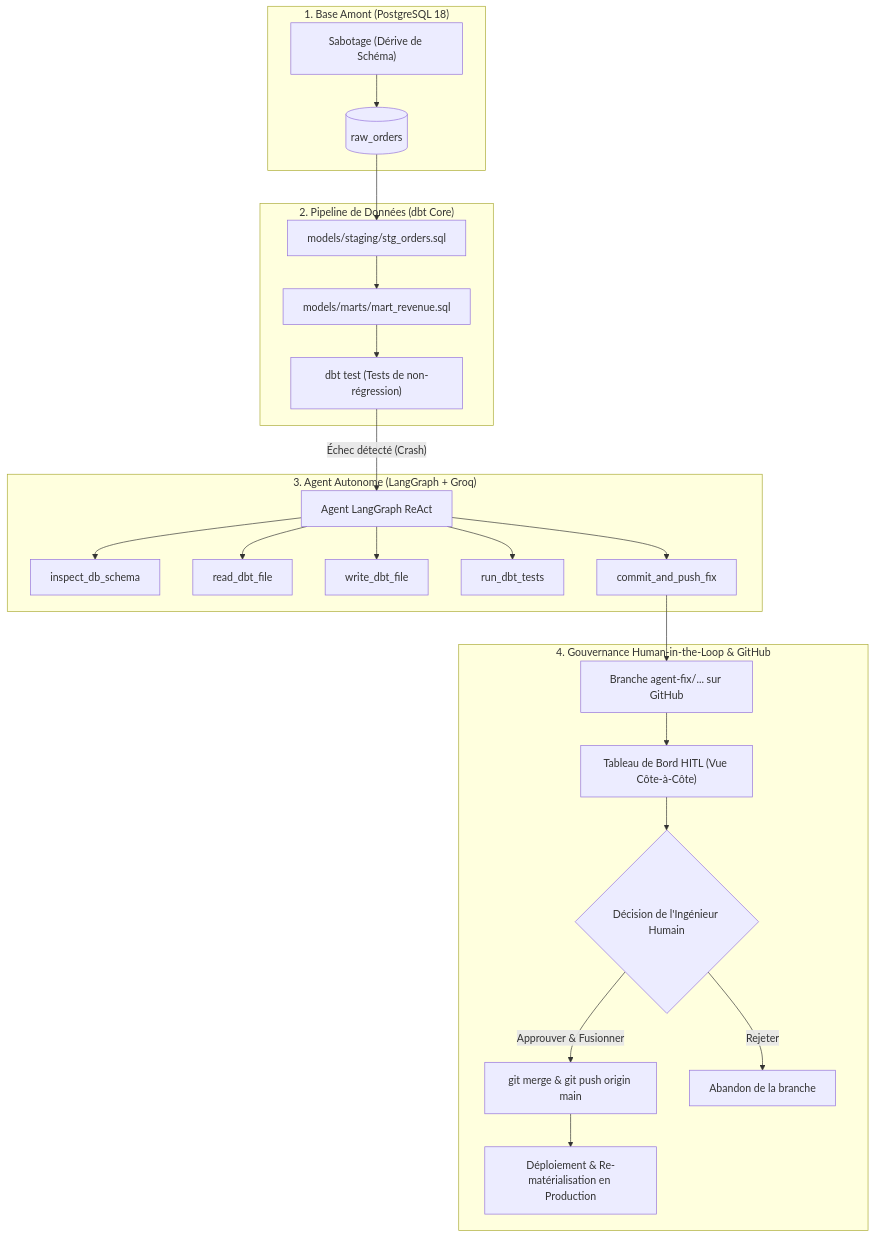
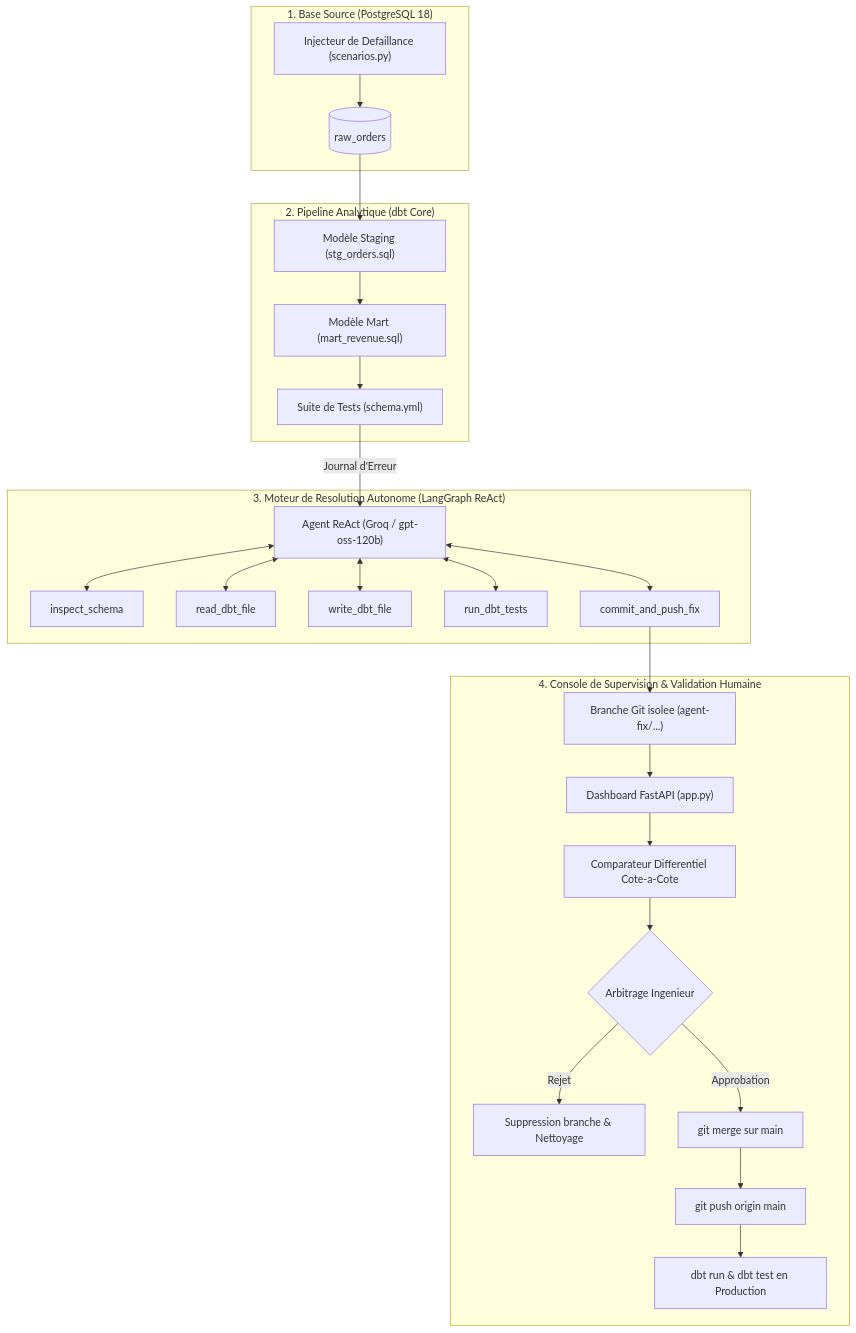
The diagram in README.md (guissii/Self-Healing-DataOps-Agent-for-dbt-Pipelines), drawn with Mermaid before and after one commit. The commit also changed other lines of this file, not shown here.

Commit message:
docs: complete technical architecture documentation from A to Z without emojis

````diff
--- a/README.md
+++ b/README.md
@@ -55,30 +59,32 @@
 ```mermaid
 flowchart TD
-    subgraph Upstream ["1. Base Amont (PostgreSQL 18)"]
-        SAB["Sabotage (Dérive de Schéma)"] --> DB[("raw_orders")]
+    subgraph Sources ["1. Base Source (PostgreSQL 18)"]
+        SAB["Injecteur de Defaillance (scenarios.py)"] --> DB[("raw_orders")]
     end
 
-    subgraph DataOps ["2. Pipeline de Données (dbt Core)"]
-        DB --> STG["models/staging/stg_orders.sql"]
-        STG --> MART["models/marts/mart_revenue.sql"]
-        MART --> TESTS["dbt test (Tests de non-régression)"]
+    subgraph Pipeline ["2. Pipeline Analytique (dbt Core)"]
+        DB --> STG["Modèle Staging (stg_orders.sql)"]
+        STG --> MART["Modèle Mart (mart_revenue.sql)"]
+        MART --> TESTS["Suite de Tests (schema.yml)"]
     end
 
-    subgraph Agentic ["3. Agent Autonome (LangGraph + Groq)"]
-        TESTS -- "Échec détecté (Crash)" --> AGENT["Agent LangGraph ReAct"]
-        AGENT --> T1["inspect_db_schema"]
-        AGENT --> T2["read_dbt_file"]
-        AGENT --> T3["write_dbt_file"]
-        AGENT --> T4["run_dbt_tests"]
-        AGENT --> T5["commit_and_push_fix"]
+    subgraph AgentEngine ["3. Moteur de Resolution Autonome (LangGraph ReAct)"]
+        TESTS -- "Journal d'Erreur" --> AGENT["Agent ReAct (Groq / gpt-oss-120b)"]
+        AGENT <--> T1["inspect_schema"]
+        AGENT <--> T2["read_dbt_file"]
+        AGENT <--> T3["write_dbt_file"]
+        AGENT <--> T4["run_dbt_tests"]
+        AGENT <--> T5["commit_and_push_fix"]
     end
 
-    subgraph Governance ["4. Gouvernance Human-in-the-Loop & GitHub"]
-        T5 --> BRANCH["Branche agent-fix/... sur GitHub"]
-        BRANCH --> DASHBOARD["Tableau de Bord HITL (Vue Côte-à-Côte)"]
-        DASHBOARD --> REVIEW{"Décision de l'Ingénieur Humain"}
-        REVIEW -- "Approuver & Fusionner" --> MERGE["git merge & git push origin main"]
-        MERGE --> PROD["Déploiement & Re-matérialisation en Production"]
-        REVIEW -- "Rejeter" --> DISCARD["Abandon de la branche"]
+    subgraph HITL ["4. Console de Supervision & Validation Humaine"]
+        T5 --> BR["Branche Git isolee (agent-fix/...)"]
+        BR --> WEB["Dashboard FastAPI (app.py)"]
+        WEB --> DIFF["Comparateur Differentiel Cote-a-Cote"]
+        DIFF --> DECISION{"Arbitrage Ingenieur"}
+        DECISION -- "Rejet" --> ROLLBACK["Suppression branche & Nettoyage"]
+        DECISION -- "Approbation" --> MERGE["git merge sur main"]
+        MERGE --> PUSH["git push origin main"]
+        PUSH --> DEPLOY["dbt run & dbt test en Production"]
     end
 ```
````
